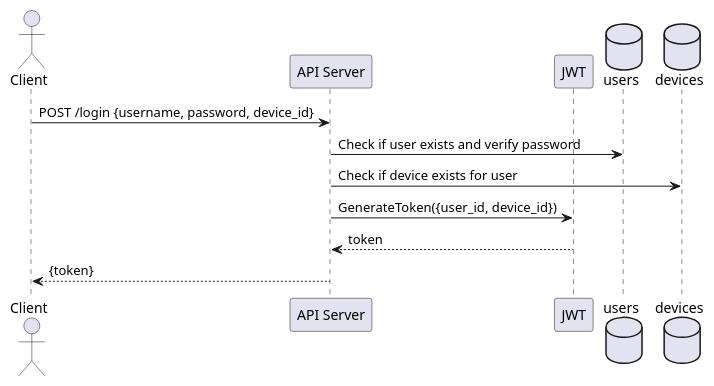
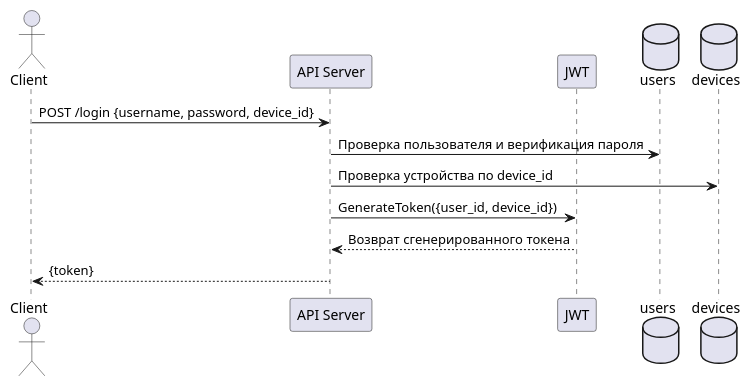
Before and after one commit to sbilibin2017/gophkeeper: the diagram in docs/login.puml, drawn with PlantUML. The commit also changed 5 other files, not shown here.

```diff
--- a/docs/login.puml
+++ b/docs/login.puml
@@ -1,15 +1,27 @@
 @startuml
+' Актор — клиентское приложение (CLI, Desktop, Mobile и т.д.)
 actor Client
+
+' Участники взаимодействия
 participant "API Server" as Server
 participant JWT
 database "users" as Users
 database "devices" as Devices
 
+' Клиент отправляет запрос на авторизацию, передавая логин, пароль и ID устройства
 Client -> Server: POST /login {username, password, device_id}
-Server -> Users: Check if user exists and verify password
-Server -> Devices: Check if device exists for user
+
+' Сервер проверяет существование пользователя и валидирует пароль
+Server -> Users: Проверка пользователя и верификация пароля
+
+' Сервер проверяет, зарегистрировано ли устройство у данного пользователя
+Server -> Devices: Проверка устройства по device_id
+
+' Генерация JWT-токена с данными пользователя и устройства
 Server -> JWT: GenerateToken({user_id, device_id})
-JWT --> Server: token
+JWT --> Server: Возврат сгенерированного токена
+
+' Сервер отправляет токен клиенту
 Server --> Client: {token}
 
 @enduml
```
